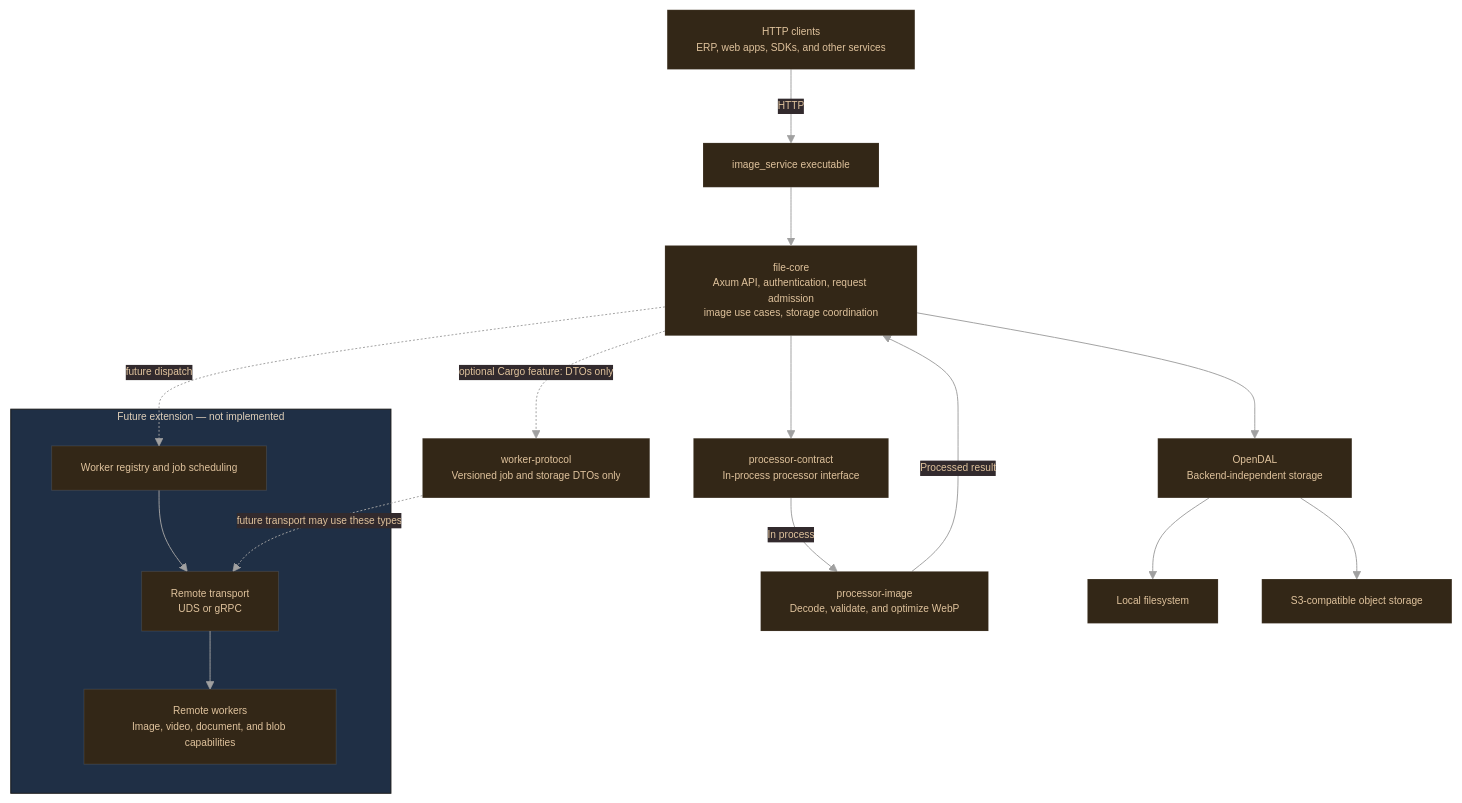
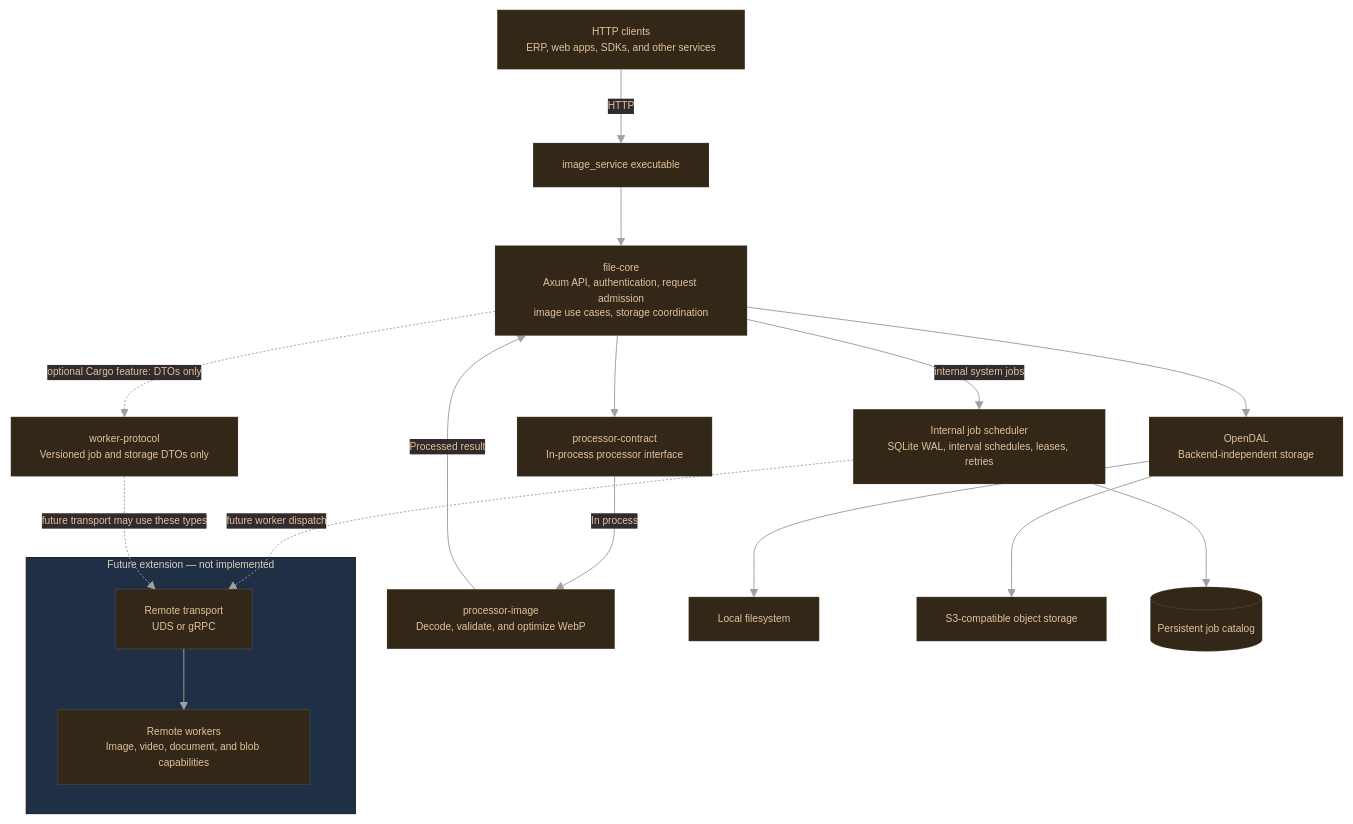
Before and after one commit to agusquartz/image_service: the second of 2 diagrams in README.md, drawn with Mermaid. The commit also changed other lines of this file and 5 other files, not shown here.

Commit message:
docs(jobs): document durable scheduling behavior

````diff
--- a/README.md
+++ b/README.md
@@ -312,12 +312,13 @@
     LOCAL[Local filesystem]
     S3[S3-compatible object storage]
     PROTOCOL[worker-protocol<br/>Versioned job and storage DTOs only]
+    SCHEDULER[Internal job scheduler<br/>SQLite WAL, interval schedules, leases, retries]
+    JOBDB[(Persistent job catalog)]
 
     subgraph FUTURE["Future extension — not implemented"]
-        SCHEDULER[Worker registry and job scheduling]
         REMOTE[Remote transport<br/>UDS or gRPC]
         WORKERS[Remote workers<br/>Image, video, document, and blob capabilities]
-        SCHEDULER --> REMOTE --> WORKERS
+        REMOTE --> WORKERS
     end
 
     CLIENT -->|HTTP| BINARY --> CORE
@@ -326,7 +327,8 @@
     CORE --> STORAGE
     STORAGE --> LOCAL
     STORAGE --> S3
+    CORE -->|internal system jobs| SCHEDULER --> JOBDB
     CORE -. "optional Cargo feature: DTOs only" .-> PROTOCOL
-    CORE -. "future dispatch" .-> SCHEDULER
+    SCHEDULER -. "future worker dispatch" .-> REMOTE
     PROTOCOL -. "future transport may use these types" .-> REMOTE
 ```
````
